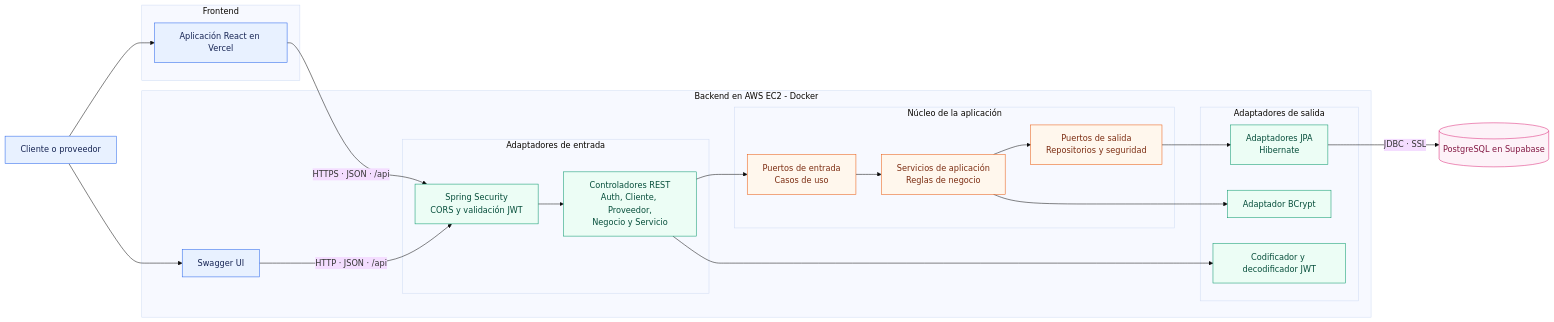
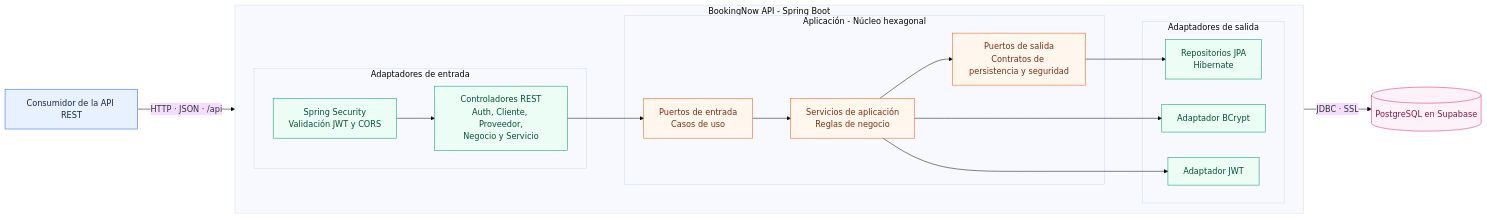
Before and after one commit to hawrisson350/EBP07-API-2026-2-BookingNow: the diagram in docs/wiki/Sprint_1.md, drawn with Mermaid (base theme). The commit also changed other lines of this file, not shown here.

Commit message:
docs: enfoca diagrama Mermaid en arquitectura hexagonal

```diff
--- a/docs/wiki/Sprint_1.md
+++ b/docs/wiki/Sprint_1.md
@@ -576,53 +574,45 @@
 ::: mermaid
 flowchart LR
-    usuario[Cliente o proveedor]
+    consumidor[Consumidor de la API REST]
+    baseDatos[(PostgreSQL en Supabase)]
 
-    subgraph vercel[Frontend]
-        react[Aplicación React en Vercel]
-    end
-
-    subgraph aws[Backend en AWS EC2 - Docker]
-        swagger[Swagger UI]
+    subgraph backend[BookingNow API - Spring Boot]
+        direction LR
 
         subgraph entrada[Adaptadores de entrada]
+            seguridad[Spring Security<br/>Validación JWT y CORS]
             controladores[Controladores REST<br/>Auth, Cliente, Proveedor,<br/>Negocio y Servicio]
-            seguridad[Spring Security<br/>CORS y validación JWT]
         end
 
-        subgraph nucleo[Núcleo de la aplicación]
+        subgraph aplicacion[Aplicación - Núcleo hexagonal]
             puertosEntrada[Puertos de entrada<br/>Casos de uso]
             servicios[Servicios de aplicación<br/>Reglas de negocio]
-            puertosSalida[Puertos de salida<br/>Repositorios y seguridad]
+            puertosSalida[Puertos de salida<br/>Contratos de persistencia y seguridad]
         end
 
         subgraph salida[Adaptadores de salida]
-            jpa[Adaptadores JPA<br/>Hibernate]
-            bcrypt[Adaptador BCrypt]
-            jwt[Codificador y decodificador JWT]
+            repositorios[Repositorios JPA<br/>Hibernate]
+            contrasena[Adaptador BCrypt]
+            tokens[Adaptador JWT]
         end
     end
 
-    supabase[(PostgreSQL en Supabase)]
-
-    usuario --> react
-    usuario --> swagger
-    react -->|HTTPS · JSON · /api| seguridad
-    swagger -->|HTTP · JSON · /api| seguridad
+    consumidor -->|HTTP · JSON · /api| seguridad
     seguridad --> controladores
     controladores --> puertosEntrada
     puertosEntrada --> servicios
     servicios --> puertosSalida
-    servicios --> bcrypt
-    controladores --> jwt
-    puertosSalida --> jpa
-    jpa -->|JDBC · SSL| supabase
+    servicios --> contrasena
+    servicios --> tokens
+    puertosSalida --> repositorios
+    repositorios -->|JDBC · SSL| baseDatos
 
     classDef external fill:#E8F1FF,stroke:#2563EB,color:#172554
     classDef adapter fill:#ECFDF5,stroke:#059669,color:#064E3B
     classDef core fill:#FFF7ED,stroke:#EA580C,color:#7C2D12
     classDef database fill:#FDF2F8,stroke:#DB2777,color:#831843
-    class usuario,react,swagger external
-    class controladores,seguridad,jpa,bcrypt,jwt adapter
+    class consumidor external
+    class seguridad,controladores,repositorios,contrasena,tokens adapter
     class puertosEntrada,servicios,puertosSalida core
-    class supabase database
+    class baseDatos database
 :::
```
